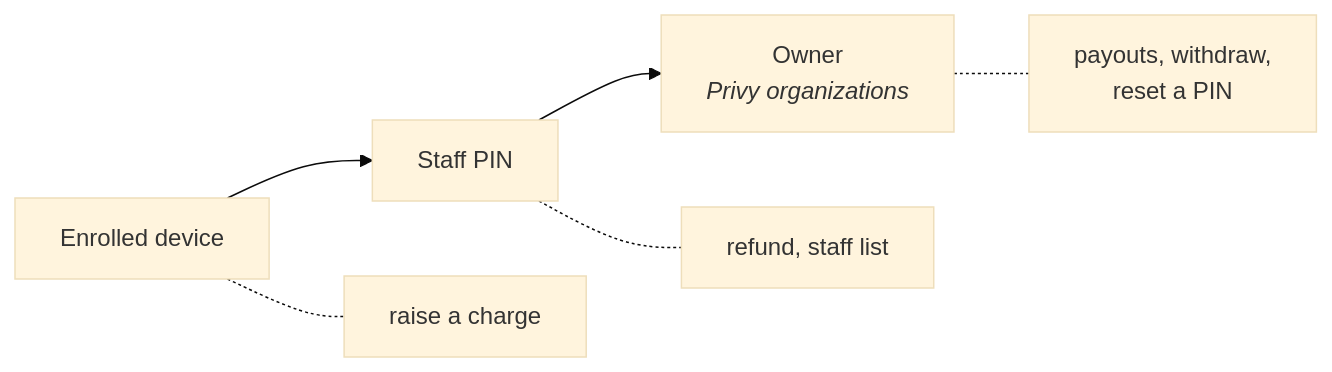
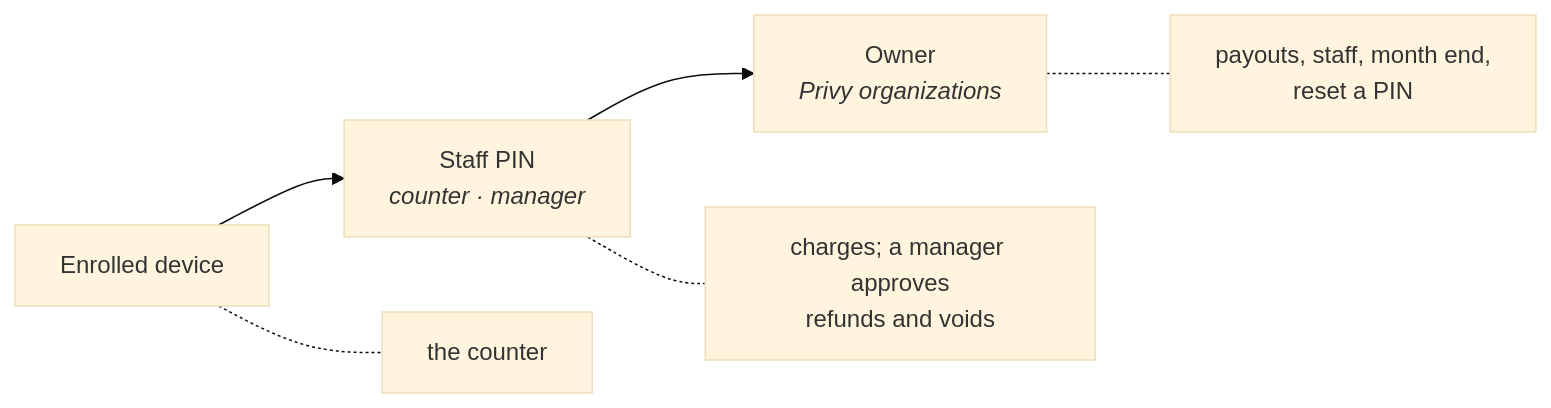
Before and after one commit to Deed3Labs/Protocol-Contracts: the sixth of 6 diagrams in README.md, drawn with Mermaid (base theme). The commit also changed other lines of this file and 8 other files, not shown here.

````diff
--- a/README.md
+++ b/README.md
@@ -517,7 +555,7 @@
 ```mermaid
 flowchart LR
-  D["Enrolled device"] --> P["Staff PIN"] --> O["Owner<br/><i>Privy organizations</i>"]
-  D -.- d1["raise a charge"]
-  P -.- p1["refund, staff list"]
-  O -.- o1["payouts, withdraw,<br/>reset a PIN"]
+  D["Enrolled device"] --> P["Staff PIN<br/><i>counter · manager</i>"] --> O["Owner<br/><i>Privy organizations</i>"]
+  D -.- d1["the counter"]
+  P -.- p1["charges; a manager approves<br/>refunds and voids"]
+  O -.- o1["payouts, staff, month end,<br/>reset a PIN"]
 ```
````
